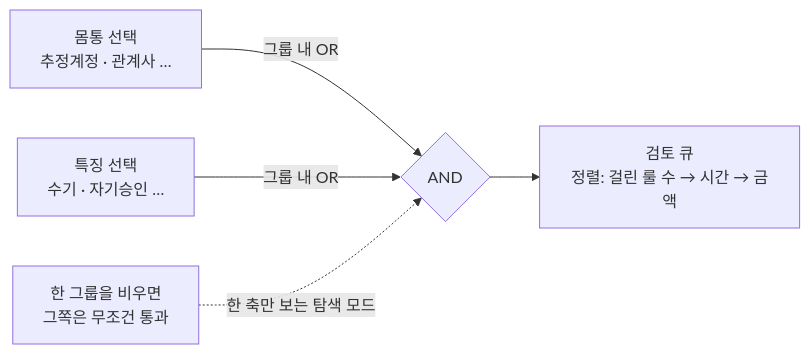
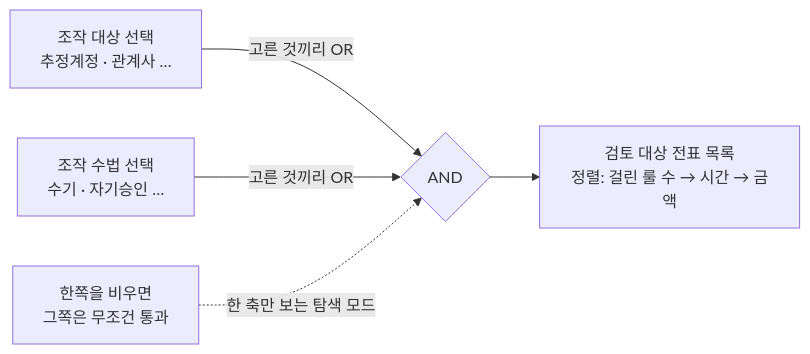
The second of 3 diagrams in README.md (ghdtjrgns321-creator/local-ai-journal-assist), drawn with Mermaid before and after one commit. The commit also changed other lines of this file, not shown here.

````diff
--- a/README.md
+++ b/README.md
@@ -565,7 +591,7 @@
 ```mermaid
 graph LR
-    B["몸통 선택<br/>추정계정 · 관계사 …"] -->|그룹 내 OR| AND{"AND"}
-    F["특징 선택<br/>수기 · 자기승인 …"] -->|그룹 내 OR| AND
-    AND --> Q["검토 큐<br/>정렬: 걸린 룰 수 → 시간 → 금액"]
-    E["한 그룹을 비우면<br/>그쪽은 무조건 통과"] -.->|한 축만 보는 탐색 모드| AND
+    B["조작 대상 선택<br/>추정계정 · 관계사 …"] -->|고른 것끼리 OR| AND{"AND"}
+    F["조작 수법 선택<br/>수기 · 자기승인 …"] -->|고른 것끼리 OR| AND
+    AND --> Q["검토 대상 전표 목록<br/>정렬: 걸린 룰 수 → 시간 → 금액"]
+    E["한쪽을 비우면<br/>그쪽은 무조건 통과"] -.->|한 축만 보는 탐색 모드| AND
 ```
````
